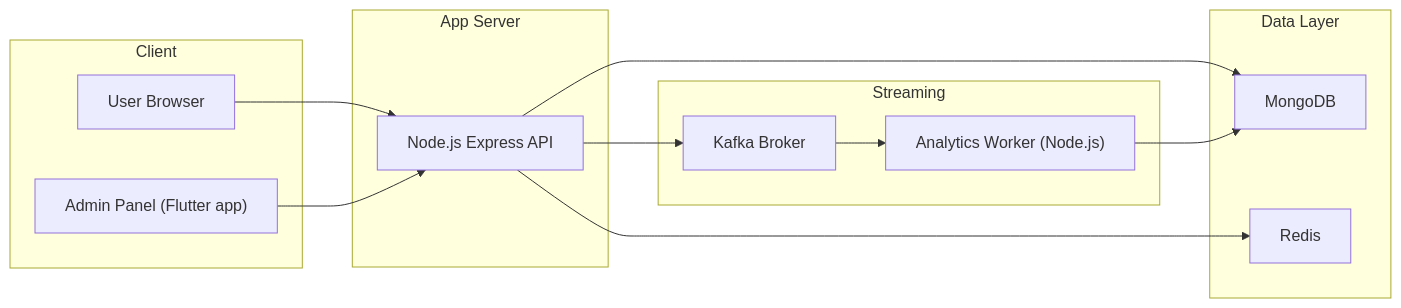
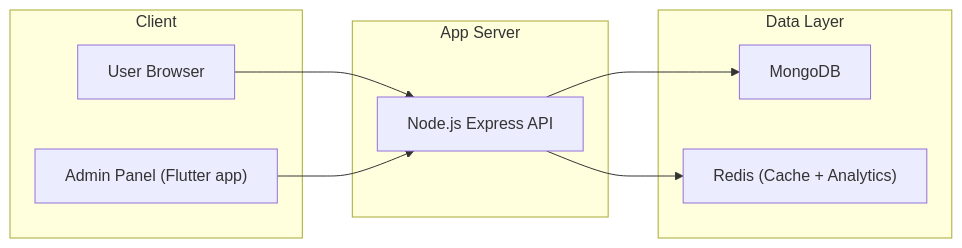
The fifth of 5 diagrams in README.md (asishghos/url-shortener), drawn with Mermaid before and after one commit. The commit also changed other lines of this file and 554 other files, not shown here.

````diff
--- a/README.md
+++ b/README.md
@@ -159,25 +322,18 @@
 ```mermaid
 graph LR
 subgraph "Client"
   Browser["User Browser"]
   Admin["Admin Panel (Flutter app)"]
 end
 subgraph "App Server"
   Express["Node.js Express API"]
 end
 subgraph "Data Layer"
   Mongo["MongoDB"]
-  Redis["Redis"]
-end
-subgraph "Streaming"
-  Kafka["Kafka Broker"]
-  Worker["Analytics Worker (Node.js)"]
+  Redis["Redis (Cache + Analytics)"]
 end
 Browser --> Express
 Admin --> Express
 Express --> Mongo
 Express --> Redis
-Express --> Kafka
-Kafka --> Worker
-Worker --> Mongo
 ```
````
